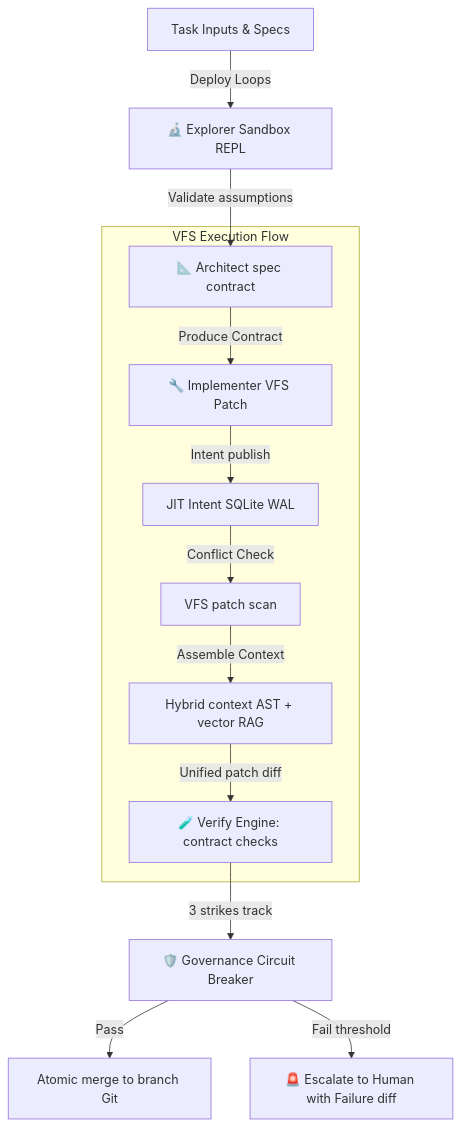
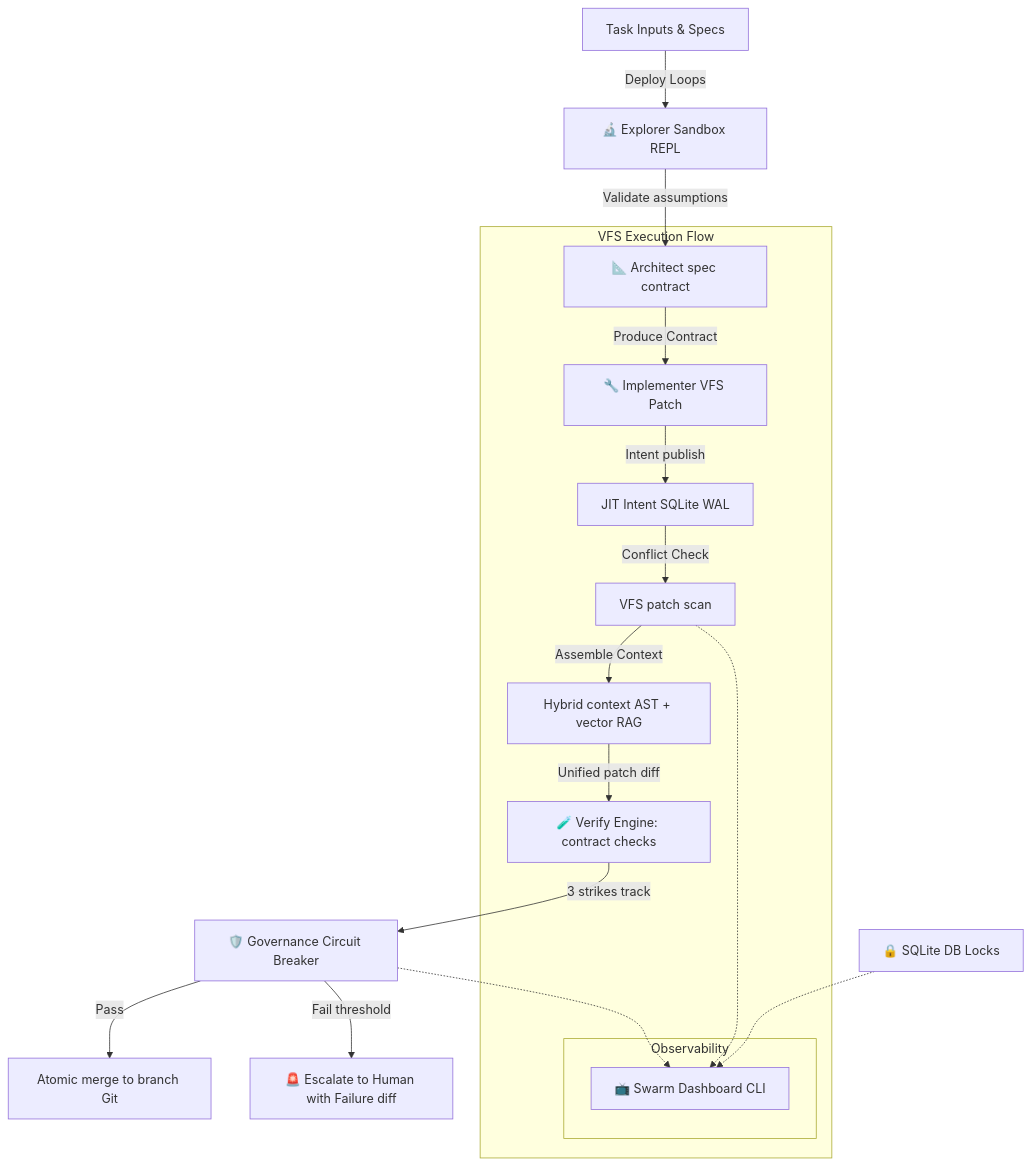
Before and after one commit to VINYASGM/antiskills: the diagram in context.md, drawn with Mermaid. The commit also changed other lines of this file and 13 other files, not shown here.

Commit message:
feat: implement Swarm Telemetry Dashboard, CLI integration, and comprehensive tests

````diff
--- a/context.md
+++ b/context.md
@@ -39,18 +42,26 @@
 ```mermaid
 graph TD
     TASK[Task Inputs & Specs] --> |Deploy Loops| EXPLORER[🔬 Explorer Sandbox REPL]
     EXPLORER --> |Validate assumptions| ARCHITECT[📐 Architect spec contract]
     
     subgraph VFS Execution Flow
         ARCHITECT -->|Produce Contract| IMPLEMENTER[🔧 Implementer VFS Patch]
         IMPLEMENTER -->|Intent publish| INTENT[JIT Intent SQLite WAL]
         INTENT -->|Conflict Check| PATCH_CHECK[VFS patch scan]
         
         PATCH_CHECK -->|Assemble Context| CONTEXT[Hybrid context AST + vector RAG]
         CONTEXT -->|Unified patch diff| VERIFY[🧪 Verify Engine: contract checks]
+        
+        subgraph Observability
+            DASHBOARD["📺 Swarm Dashboard CLI"]
+        end
     end
     
     VERIFY -->|3 strikes track| GOV[🛡️ Governance Circuit Breaker]
     GOV -->|Pass| COMMIT[Atomic merge to branch Git]
     GOV -->|Fail threshold| ALARM[🚨 Escalate to Human with Failure diff]
+    
+    DB_QUEUE["🔒 SQLite DB Locks"] -.-> DASHBOARD
+    GOV -.-> DASHBOARD
+    PATCH_CHECK -.-> DASHBOARD
 ```
````
